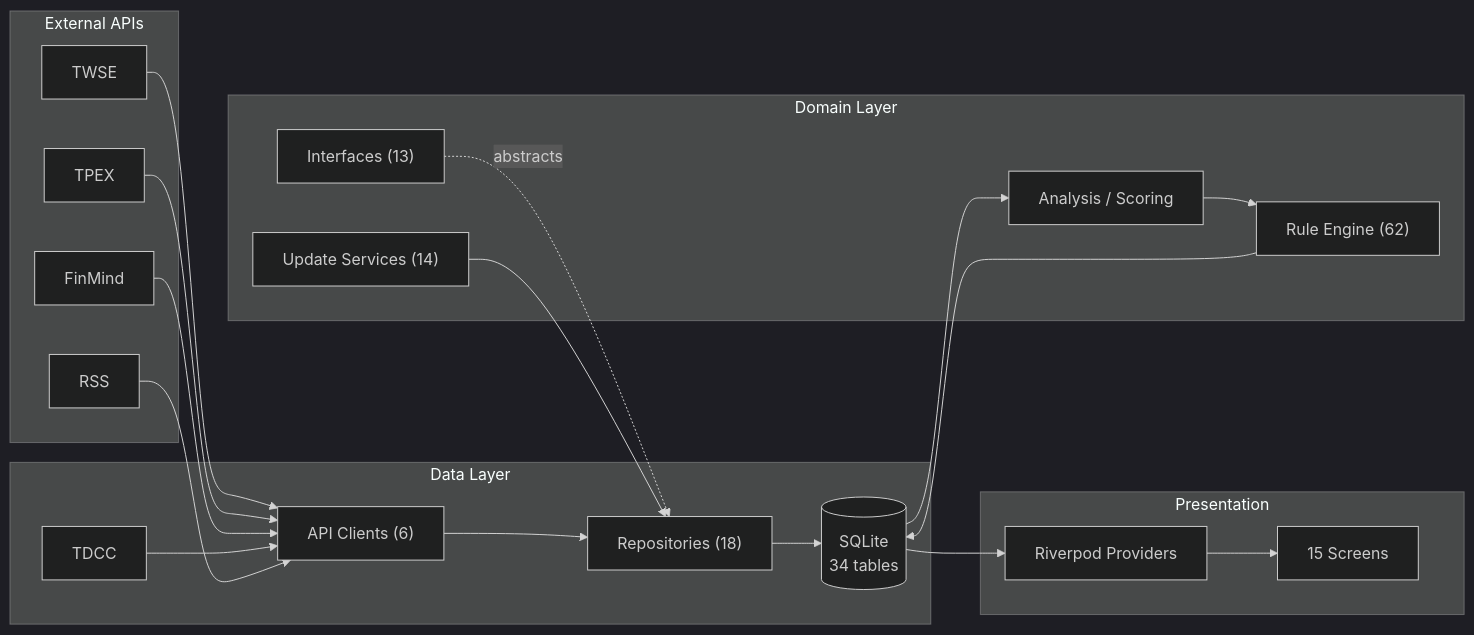
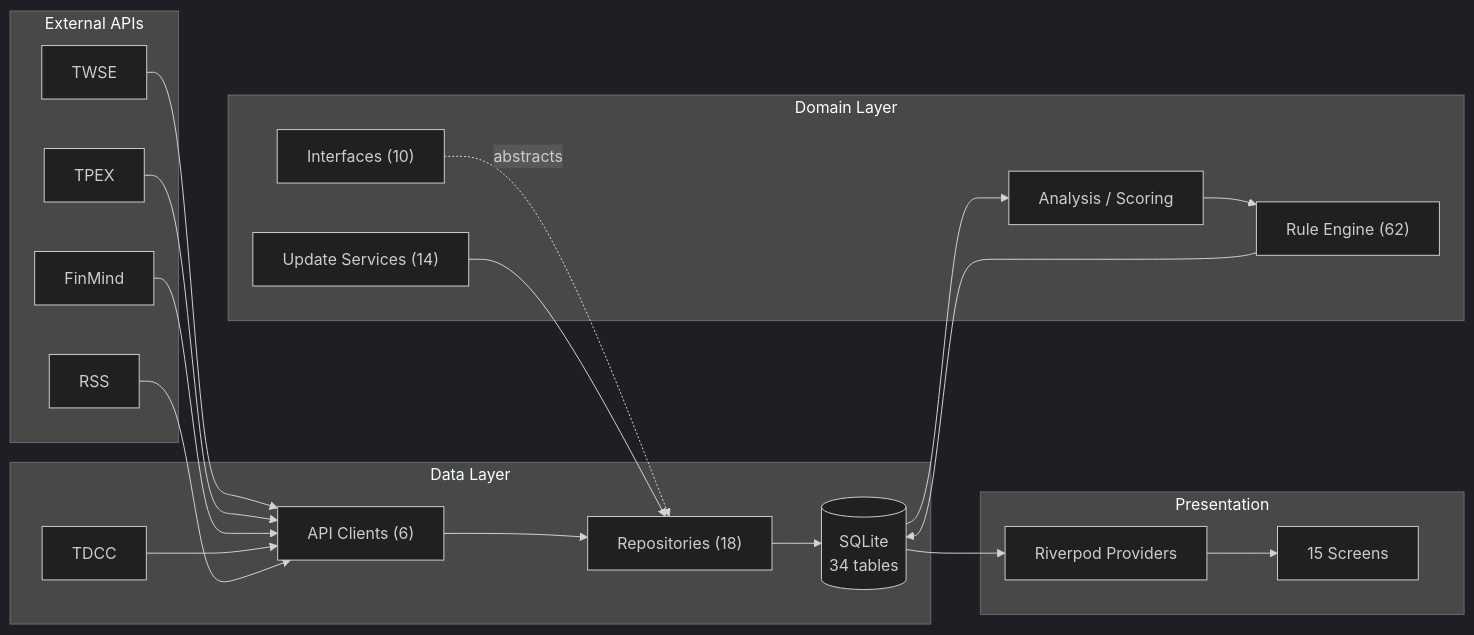
The first of 2 diagrams in README.md (Neal75418/afterclose), drawn with Mermaid before and after one commit. The commit also changed other lines of this file and 4 other files, not shown here.

````diff
--- a/README.md
+++ b/README.md
@@ -90,37 +90,37 @@
 ```mermaid
 %%{init: {'theme': 'dark'}}%%
 flowchart LR
     subgraph External["External APIs"]
         TWSE["TWSE"]
         TPEX["TPEX"]
         FM["FinMind"]
         RSS["RSS"]
     end
 
     subgraph Data["Data Layer"]
         Remote["API Clients (6)"]
         Repo["Repositories (18)"]
         TDCC["TDCC"]
         DB[("SQLite\n34 tables")]
     end
 
     subgraph Domain["Domain Layer"]
-        IF["Interfaces (13)"]
+        IF["Interfaces (10)"]
         Services["Analysis / Scoring"]
         Rules["Rule Engine (62)"]
         Update["Update Services (14)"]
     end
 
     subgraph Presentation["Presentation"]
         Provider["Riverpod Providers"]
         UI["15 Screens"]
     end
 
     TWSE & TPEX & FM & TDCC & RSS --> Remote
     Remote --> Repo --> DB
     IF -.->|abstracts| Repo
     DB --> Services --> Rules
     Rules --> DB
     Update --> Repo
     DB --> Provider --> UI
 ```
````
